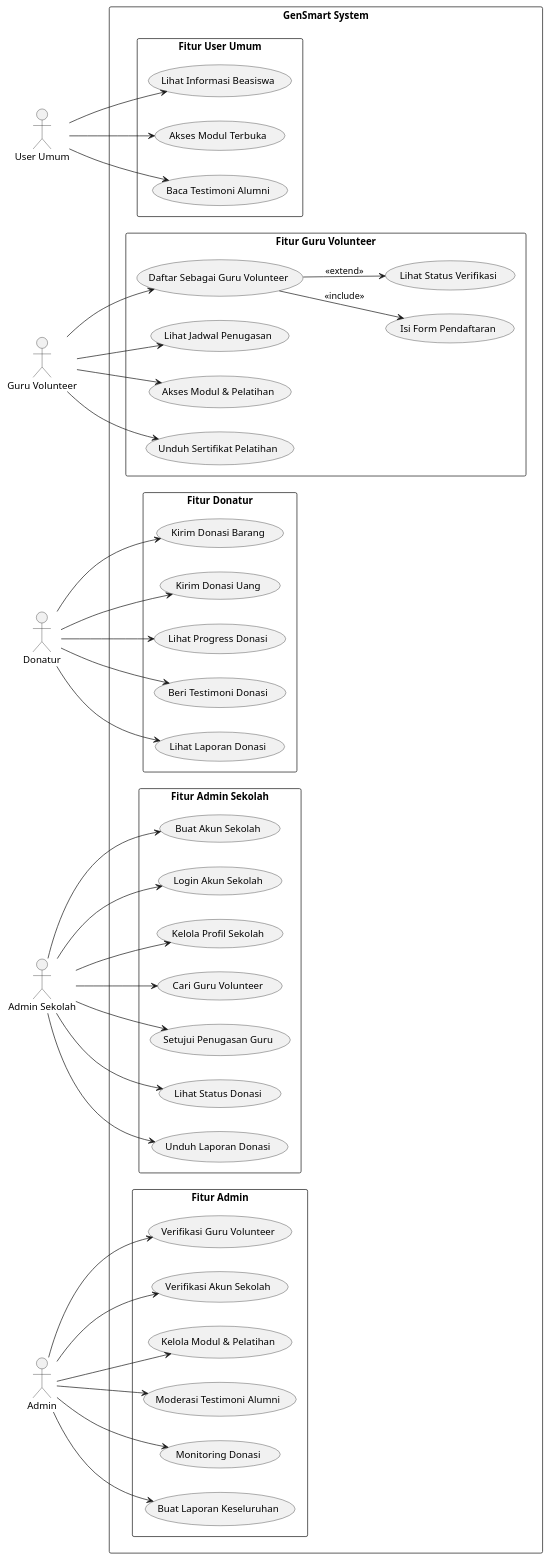
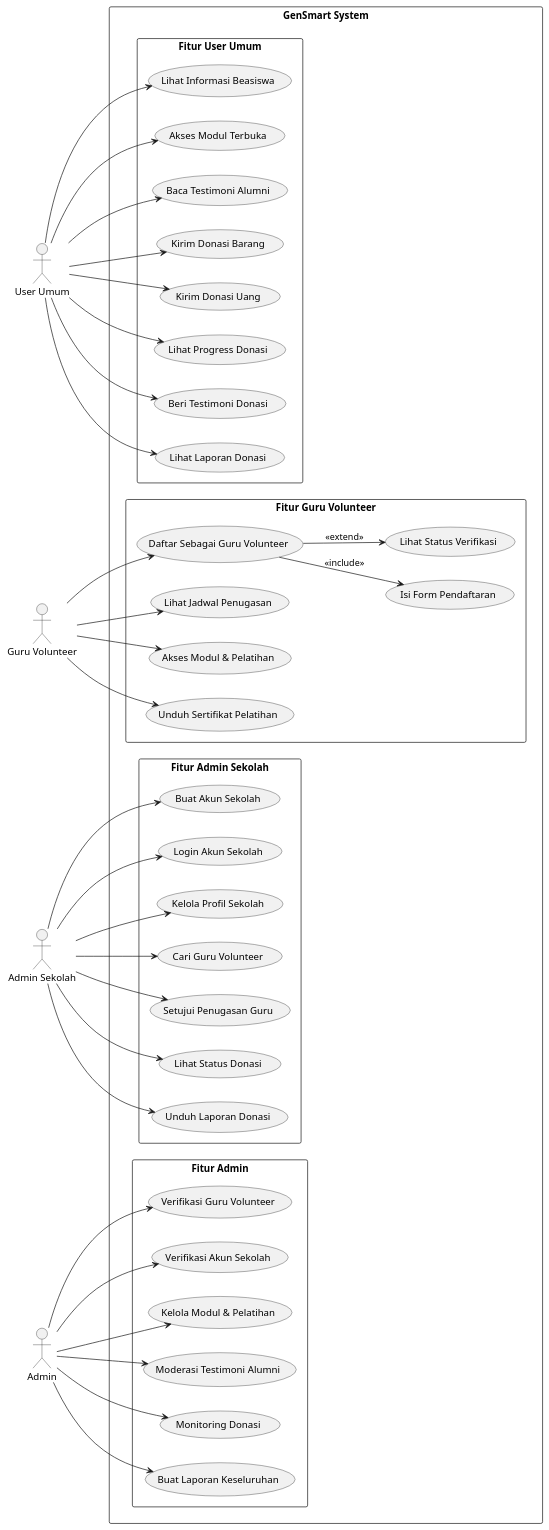
One commit to wirawanmahardika/gensmart-backend changed the diagram in docs/usecase.pu. Above: the diagram before and after it, drawn with PlantUML. The commit also changed 3 other files, not shown here.

Commit message:
feat & fix: tambah route untuk ambil data donasi berdasarkan id, dan tambah validasi agar user hanya bisa melakukan donasi pada tujuan donasi yang sudah diverifikasi

```diff
--- a/docs/usecase.pu
+++ b/docs/usecase.pu
@@ -1,93 +1,87 @@
 @startuml "GenSmart System"
 left to right direction
 skinparam packageStyle rectangle
 
 actor "User Umum" as User
 actor "Guru Volunteer" as Volunteer
-actor "Donatur" as Donor
 actor "Admin Sekolah" as SchoolAdmin
 actor "Admin" as Admin
 
 rectangle "GenSmart System" {
 
   package "Fitur User Umum" {
     usecase UC1 as "Lihat Informasi Beasiswa"
     usecase UC2 as "Akses Modul Terbuka"
     usecase UC3 as "Baca Testimoni Alumni"
+    usecase UC10 as "Kirim Donasi Barang"
+    usecase UC11 as "Kirim Donasi Uang"
+    usecase UC12 as "Lihat Progress Donasi"
+    usecase UC13 as "Beri Testimoni Donasi"
+    usecase UC14 as "Lihat Laporan Donasi"
   }
 
   package "Fitur Guru Volunteer" {
     usecase UC4 as "Daftar Sebagai Guru Volunteer"
     usecase UC5 as "Isi Form Pendaftaran"
     usecase UC6 as "Lihat Status Verifikasi"
     usecase UC7 as "Lihat Jadwal Penugasan"
     usecase UC8 as "Akses Modul & Pelatihan"
     usecase UC9 as "Unduh Sertifikat Pelatihan"
-  }
-
-  package "Fitur Donatur" {
-    usecase UC10 as "Kirim Donasi Barang"
-    usecase UC11 as "Kirim Donasi Uang"
-    usecase UC12 as "Lihat Progress Donasi"
-    usecase UC13 as "Beri Testimoni Donasi"
-    usecase UC14 as "Lihat Laporan Donasi"
   }
 
   package "Fitur Admin Sekolah" {
     usecase UC15 as "Buat Akun Sekolah"
     usecase UC16 as "Login Akun Sekolah"
     usecase UC17 as "Kelola Profil Sekolah"
     usecase UC18 as "Cari Guru Volunteer"
     usecase UC19 as "Setujui Penugasan Guru"
     usecase UC20 as "Lihat Status Donasi"
     usecase UC21 as "Unduh Laporan Donasi"
   }
 
   package "Fitur Admin" {
     usecase UC22 as "Verifikasi Guru Volunteer"
     usecase UC23 as "Verifikasi Akun Sekolah"
     usecase UC24 as "Kelola Modul & Pelatihan"
     usecase UC25 as "Moderasi Testimoni Alumni"
     usecase UC26 as "Monitoring Donasi"
     usecase UC27 as "Buat Laporan Keseluruhan"
   }
 }
 
 '--- Relasi User Umum ---
 User --> UC1
 User --> UC2
 User --> UC3
+User --> UC10
+User --> UC11
+User --> UC12
+User --> UC13
+User --> UC14
 
 '--- Relasi Guru Volunteer ---
 Volunteer --> UC4
 UC4 --> UC5 : <<include>>
 UC4 --> UC6 : <<extend>>
 Volunteer --> UC7
 Volunteer --> UC8
 Volunteer --> UC9
-
-'--- Relasi Donatur ---
-Donor --> UC10
-Donor --> UC11
-Donor --> UC12
-Donor --> UC13
-Donor --> UC14
 
 '--- Relasi Admin Sekolah ---
 SchoolAdmin --> UC15
 SchoolAdmin --> UC16
 SchoolAdmin --> UC17
 SchoolAdmin --> UC18
 SchoolAdmin --> UC19
 SchoolAdmin --> UC20
 SchoolAdmin --> UC21
 
 '--- Relasi Admin ---
 Admin --> UC22
 Admin --> UC23
 Admin --> UC24
 Admin --> UC25
 Admin --> UC26
 Admin --> UC27
 
 @enduml
```
